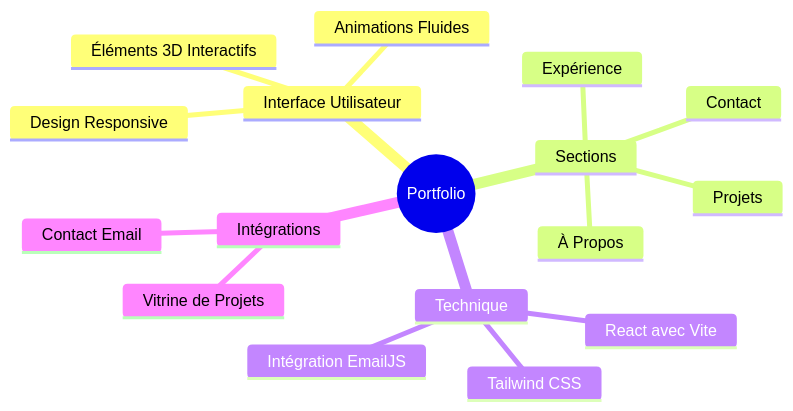
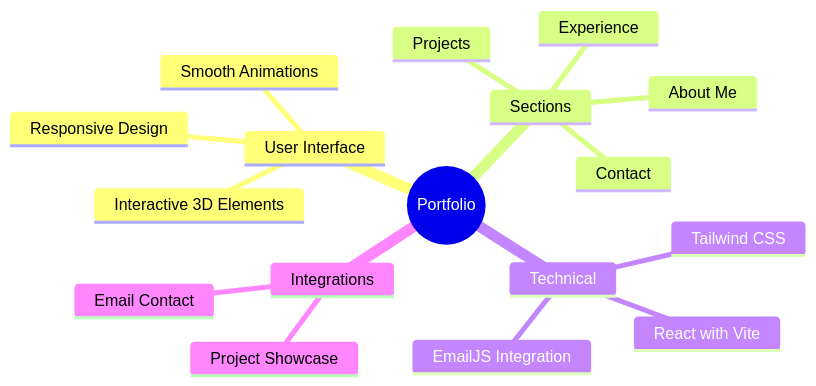
The diagram in README.md (bensmailfati11/portfolio), drawn with Mermaid before and after one commit. The commit also changed other lines of this file, not shown here.

````diff
--- a/README.md
+++ b/README.md
@@ -24,20 +24,20 @@
 ```mermaid
 mindmap
   root((Portfolio))
-    Interface Utilisateur
-      Design Responsive
-      Animations Fluides
-      Éléments 3D Interactifs
+    User Interface
+      Responsive Design
+      Smooth Animations
+      Interactive 3D Elements
     Sections
-      À Propos
-      Expérience
-      Projets
+      About Me
+      Experience
+      Projects
       Contact
-    Technique
-      React avec Vite
+    Technical
+      React with Vite
       Tailwind CSS
-      Intégration EmailJS
-    Intégrations
-       Contact Email
-      Vitrine de Projets
+      EmailJS Integration
+    Integrations
+       Email Contact
+      Project Showcase
 ```
````
